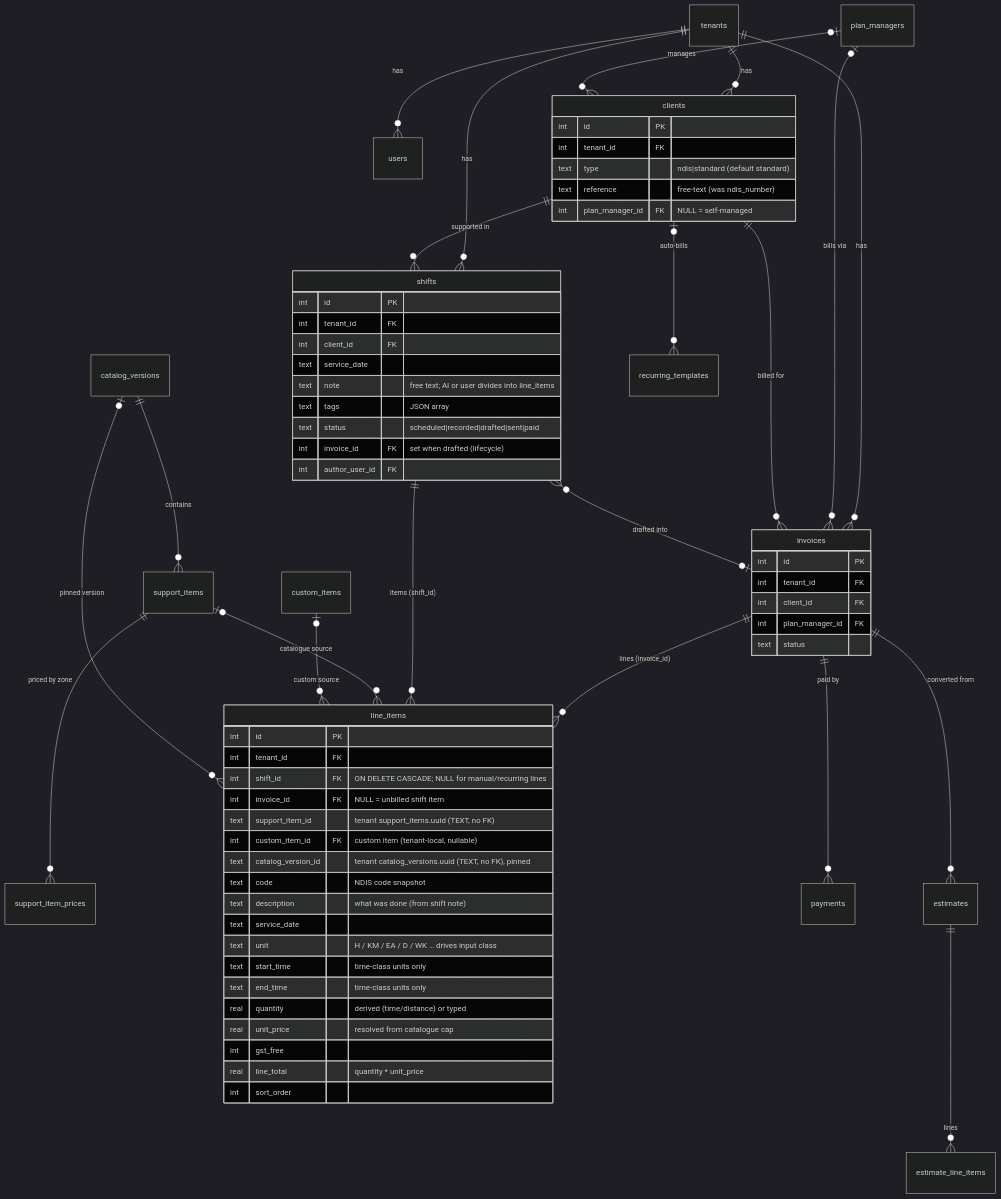
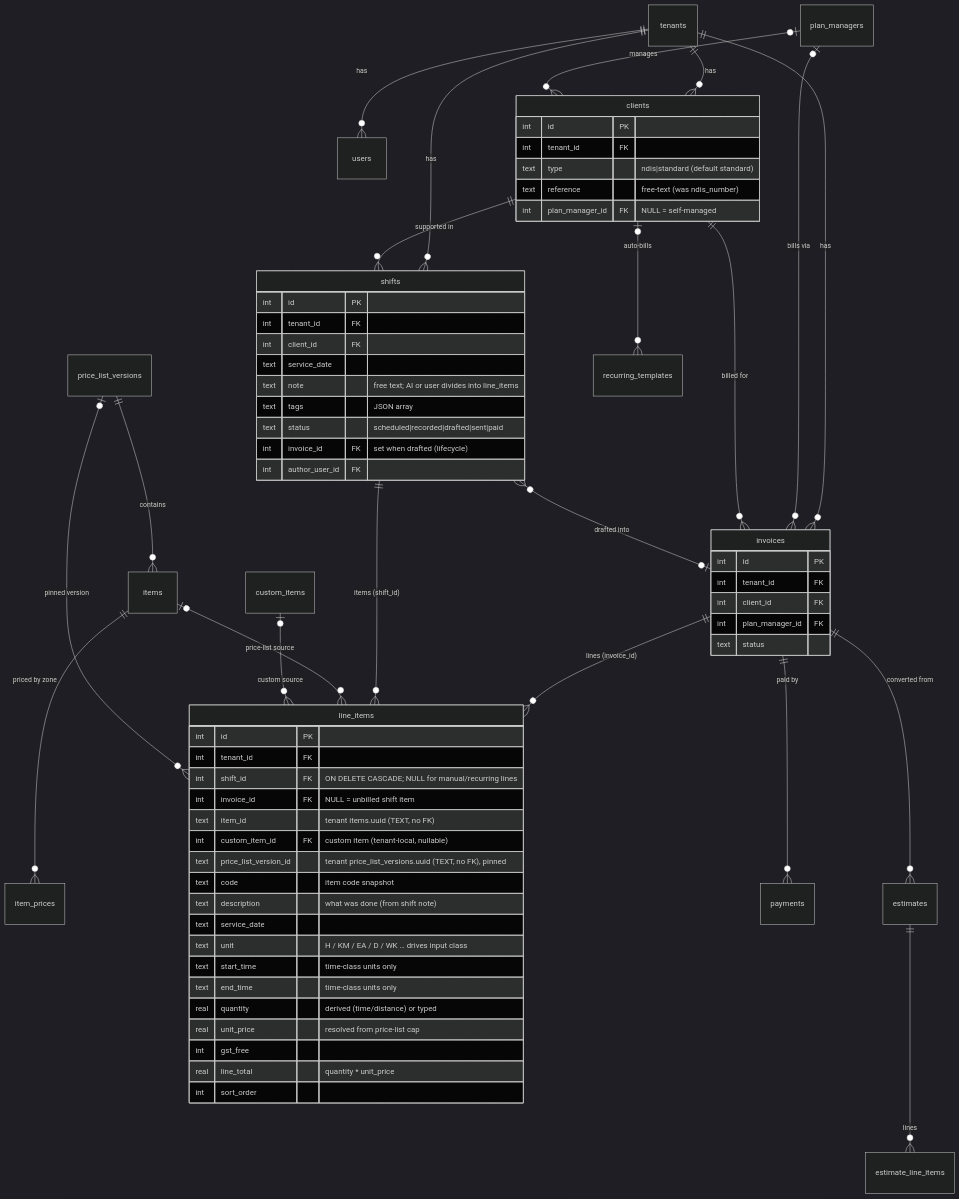
The diagram in docs/data-model.md (dknathalage/tallyo), drawn with Mermaid (dark theme) before and after one commit. The commit also changed other lines of this file and 67 other files, not shown here.

First line of the commit message:
refactor: rename catalog/support_items to pricelist/items; add items.unit_price; collapse category

````diff
--- a/docs/data-model.md
+++ b/docs/data-model.md
@@ -29,76 +29,76 @@
 ```mermaid
 erDiagram
     tenants ||--o{ users : has
     tenants ||--o{ clients : has
     tenants ||--o{ invoices : has
     tenants ||--o{ shifts : has
 
     plan_managers |o--o{ clients : manages
     plan_managers |o--o{ invoices : "bills via"
     clients ||--o{ shifts : "supported in"
     clients ||--o{ invoices : "billed for"
 
-    catalog_versions ||--o{ support_items : contains
-    support_items ||--o{ support_item_prices : "priced by zone"
+    price_list_versions ||--o{ items : contains
+    items ||--o{ item_prices : "priced by zone"
 
     invoices ||--o{ line_items : "lines (invoice_id)"
     shifts   ||--o{ line_items : "items (shift_id)"
     shifts   }o--o| invoices : "drafted into"
-    support_items |o--o{ line_items : "catalogue source"
+    items |o--o{ line_items : "price-list source"
     custom_items  |o--o{ line_items : "custom source"
-    catalog_versions |o--o{ line_items : "pinned version"
+    price_list_versions |o--o{ line_items : "pinned version"
 
     invoices ||--o{ payments : "paid by"
     invoices ||--o{ estimates : "converted from"
     estimates ||--o{ estimate_line_items : lines
     clients |o--o{ recurring_templates : "auto-bills"
 
     line_items {
         int     id PK
         int     tenant_id FK
         int     shift_id   FK "ON DELETE CASCADE; NULL for manual/recurring lines"
         int     invoice_id FK "NULL = unbilled shift item"
-        text    support_item_id "tenant support_items.uuid (TEXT, no FK)"
+        text    item_id "tenant items.uuid (TEXT, no FK)"
         int     custom_item_id  FK "custom item (tenant-local, nullable)"
-        text    catalog_version_id "tenant catalog_versions.uuid (TEXT, no FK), pinned"
-        text    code "NDIS code snapshot"
+        text    price_list_version_id "tenant price_list_versions.uuid (TEXT, no FK), pinned"
+        text    code "item code snapshot"
         text    description "what was done (from shift note)"
         text    service_date
         text    unit "H / KM / EA / D / WK … drives input class"
         text    start_time "time-class units only"
         text    end_time   "time-class units only"
         real    quantity "derived (time/distance) or typed"
-        real    unit_price "resolved from catalogue cap"
+        real    unit_price "resolved from price-list cap"
         int     gst_free
         real    line_total "quantity * unit_price"
         int     sort_order
     }
 
     shifts {
         int  id PK
         int  tenant_id FK
         int  client_id FK
         text service_date
         text note "free text; AI or user divides into line_items"
         text tags "JSON array"
         text status "scheduled|recorded|drafted|sent|paid"
         int  invoice_id FK "set when drafted (lifecycle)"
         int  author_user_id FK
     }
 
     invoices {
         int  id PK
         int  tenant_id FK
         int  client_id FK
         int  plan_manager_id FK
         text status
     }
 
     clients {
         int  id PK
         int  tenant_id FK
         text type "ndis|standard (default standard)"
         text reference "free-text (was ndis_number)"
         int  plan_manager_id FK "NULL = self-managed"
     }
 ```
````
